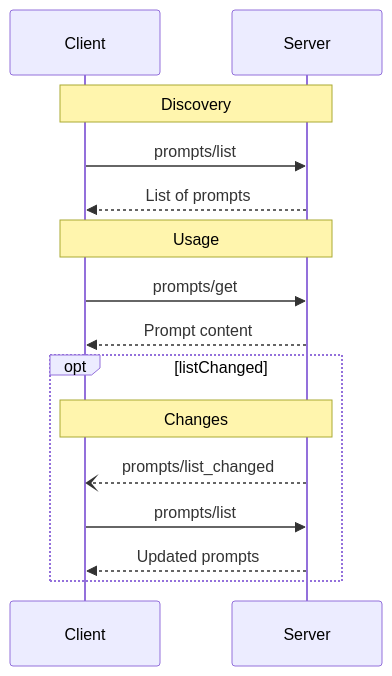
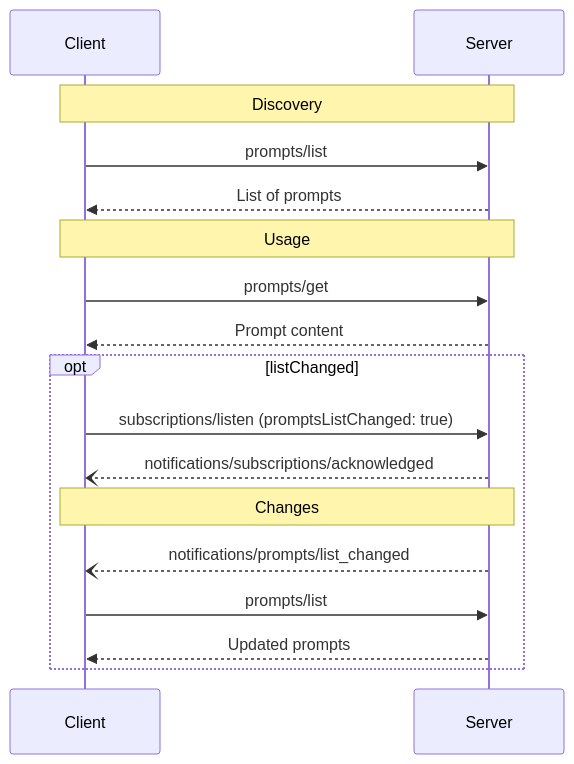
The diagram in mcp-typescript/references/repos/modelcontextprotocol/docs/specification/draft/server/prompts.mdx (maguroid/skills), drawn with Mermaid before and after one commit. The commit also changed other lines of this file and 2208 other files, not shown here.

````diff
--- a/mcp-typescript/references/repos/modelcontextprotocol/docs/specification/draft/server/prompts.mdx
+++ b/mcp-typescript/references/repos/modelcontextprotocol/docs/specification/draft/server/prompts.mdx
@@ -157,20 +183,22 @@
 ```mermaid
 sequenceDiagram
     participant Client
     participant Server
 
     Note over Client,Server: Discovery
     Client->>Server: prompts/list
     Server-->>Client: List of prompts
 
     Note over Client,Server: Usage
     Client->>Server: prompts/get
     Server-->>Client: Prompt content
 
     opt listChanged
+      Client->>Server: subscriptions/listen (promptsListChanged: true)
+      Server--)Client: notifications/subscriptions/acknowledged
       Note over Client,Server: Changes
-      Server--)Client: prompts/list_changed
+      Server--)Client: notifications/prompts/list_changed
       Client->>Server: prompts/list
       Server-->>Client: Updated prompts
     end
 ```
````
